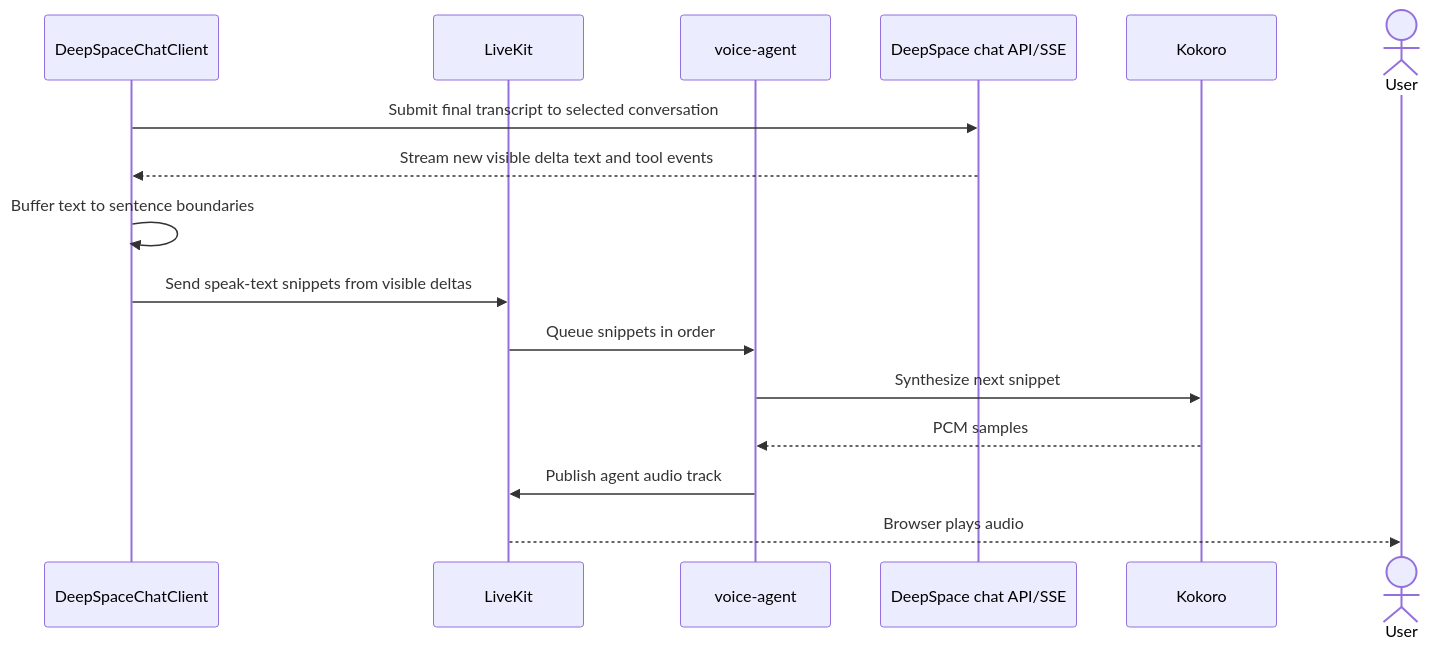
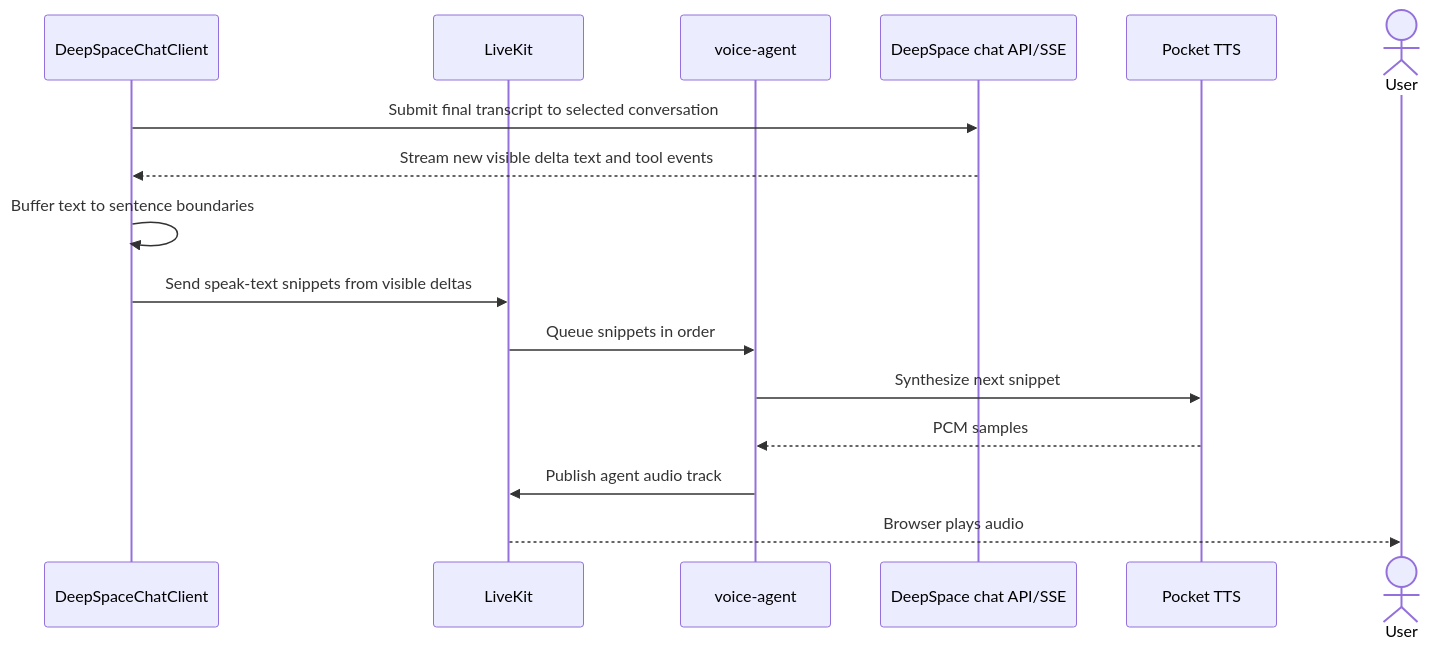
One commit to sainibhaowal/AverQel changed the fourth of 4 diagrams in backend/docs/capabilities/11-voice-and-realtime-audio.md. Above: the diagram before and after it, drawn with Mermaid. The commit also changed other lines of this file and 27 other files, not shown here.

```diff
--- a/backend/docs/capabilities/11-voice-and-realtime-audio.md
+++ b/backend/docs/capabilities/11-voice-and-realtime-audio.md
@@ -271,19 +280,19 @@
 ~~~mermaid
 sequenceDiagram
     participant UI as DeepSpaceChatClient
     participant LK as LiveKit
     participant VA as voice-agent
     participant API as DeepSpace chat API/SSE
-    participant TTS as Kokoro
+    participant TTS as Pocket TTS
     actor User
 
     UI->>API: Submit final transcript to selected conversation
     API-->>UI: Stream new visible delta text and tool events
     UI->>UI: Buffer text to sentence boundaries
     UI->>LK: Send speak-text snippets from visible deltas
     LK->>VA: Queue snippets in order
     VA->>TTS: Synthesize next snippet
     TTS-->>VA: PCM samples
     VA->>LK: Publish agent audio track
     LK-->>User: Browser plays audio
 ~~~
```
